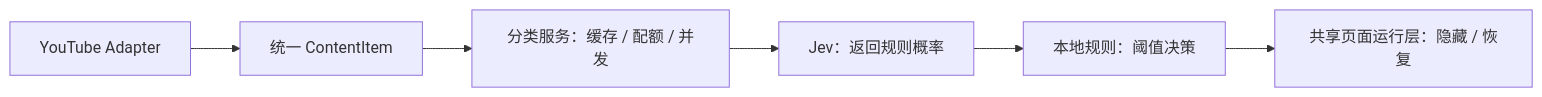
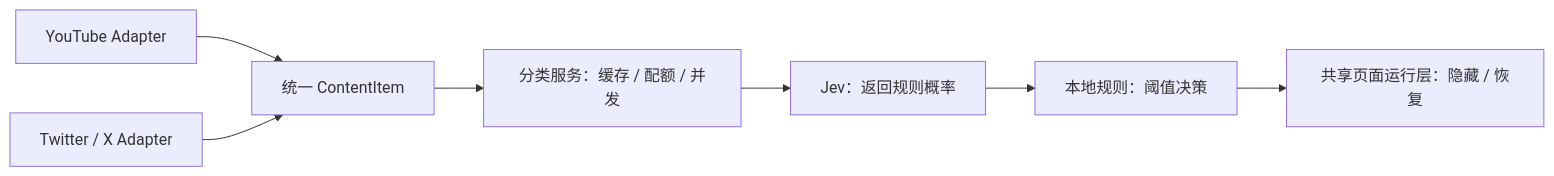
The diagram in README.md (Seann0824/TubeGate), drawn with Mermaid before and after one commit. The commit also changed other lines of this file and 23 other files, not shown here.

Commit message:
Add Twitter and X filtering through an isolated adapter

````diff
--- a/README.md
+++ b/README.md
@@ -68,8 +71,9 @@
 ```mermaid
 flowchart LR
     A[YouTube Adapter] --> B[统一 ContentItem]
+    X[Twitter / X Adapter] --> B
     B --> C[分类服务：缓存 / 配额 / 并发]
     C --> D[Jev：返回规则概率]
     D --> E[本地规则：阈值决策]
     E --> F[共享页面运行层：隐藏 / 恢复]
 ```
````
